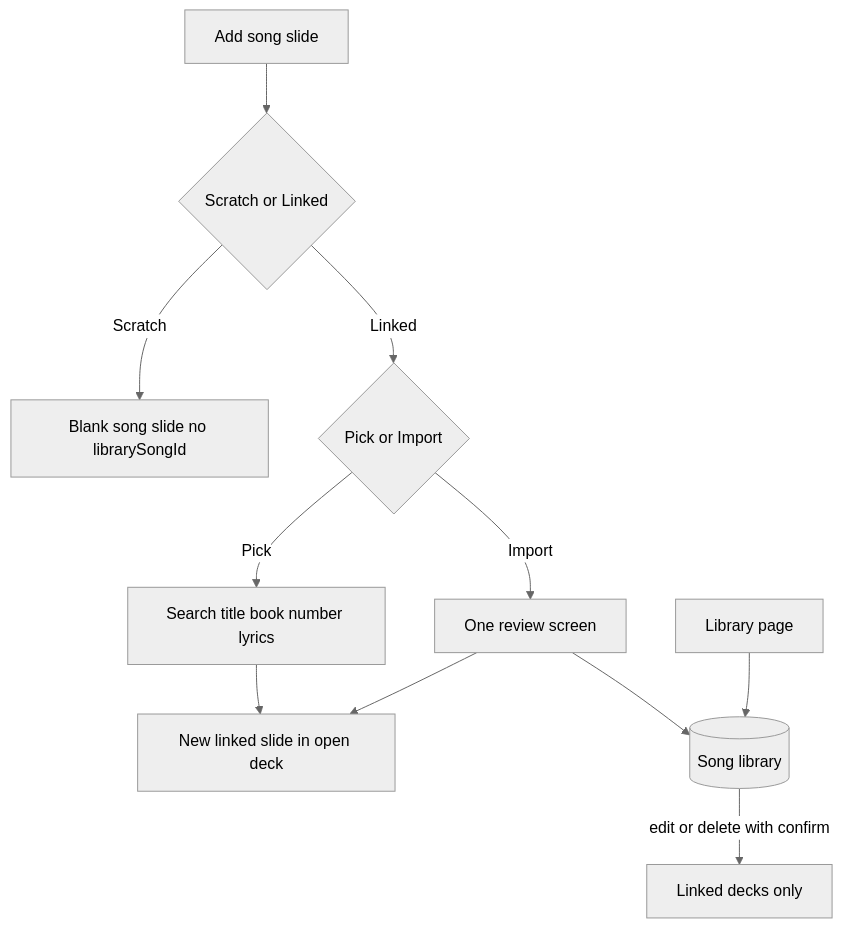
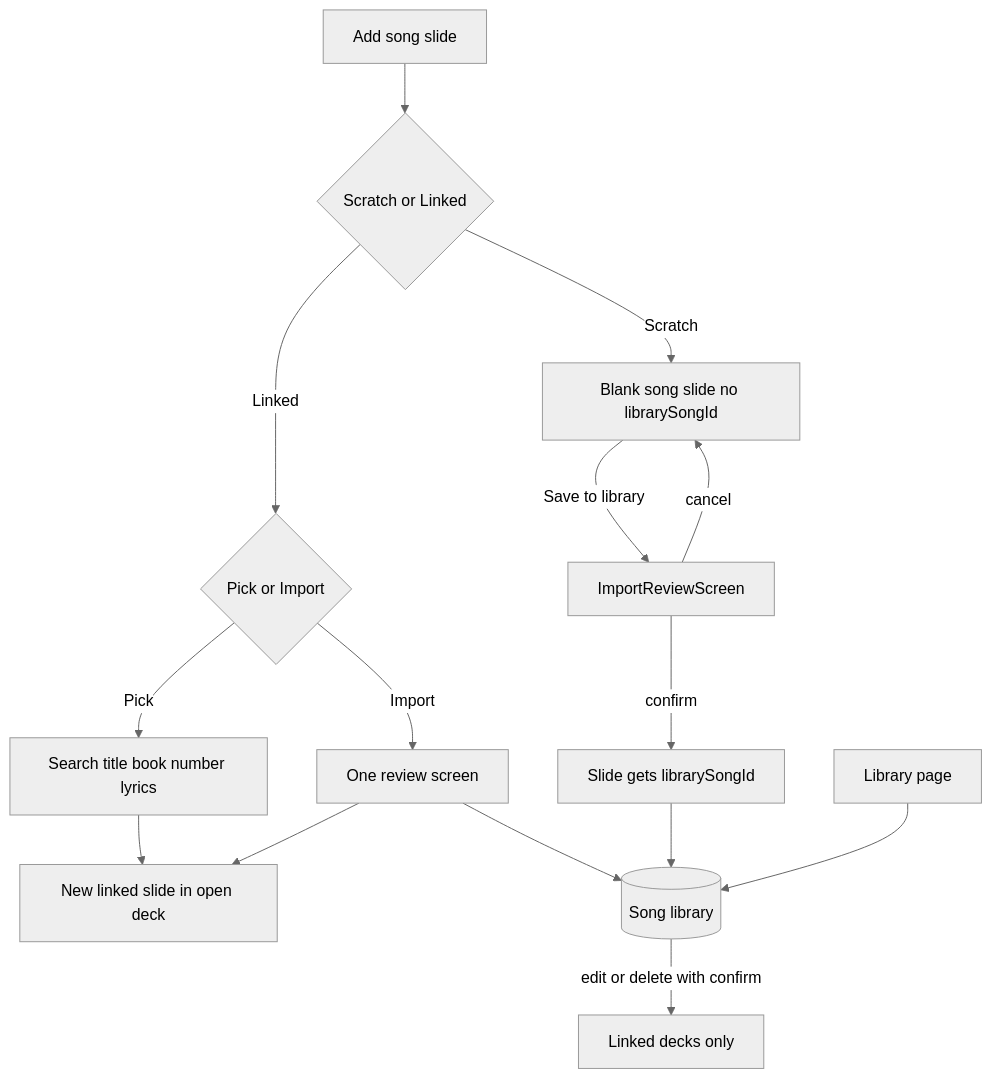
One commit to groundworksdesign/poster changed the diagram in ralph/epic.md. Above: the diagram before and after it, drawn with Mermaid (neutral theme). The commit also changed other lines of this file and 5 other files, not shown here.

First line of the commit message:
epic-004 loop 16 planning: amend scratch Save to library [skip ci]

````diff
--- a/ralph/epic.md
+++ b/ralph/epic.md
@@ -75,13 +75,17 @@
 ```mermaid
 flowchart TD
   addSlide[Add song slide] --> kind{Scratch or Linked}
   kind -->|Scratch| blank[Blank song slide no librarySongId]
+  blank -->|Save to library| saveReview[ImportReviewScreen]
+  saveReview -->|confirm| linkedFromScratch[Slide gets librarySongId]
+  saveReview -->|cancel| blank
   kind -->|Linked| choice{Pick or Import}
   choice -->|Pick| search[Search title book number lyrics]
   search --> slide[New linked slide in open deck]
   choice -->|Import| review[One review screen]
   review --> slide
   review --> library[(Song library)]
+  linkedFromScratch --> library
   manage[Library page] --> library
   library -->|edit or delete with confirm| decks[Linked decks only]
 ```
````
